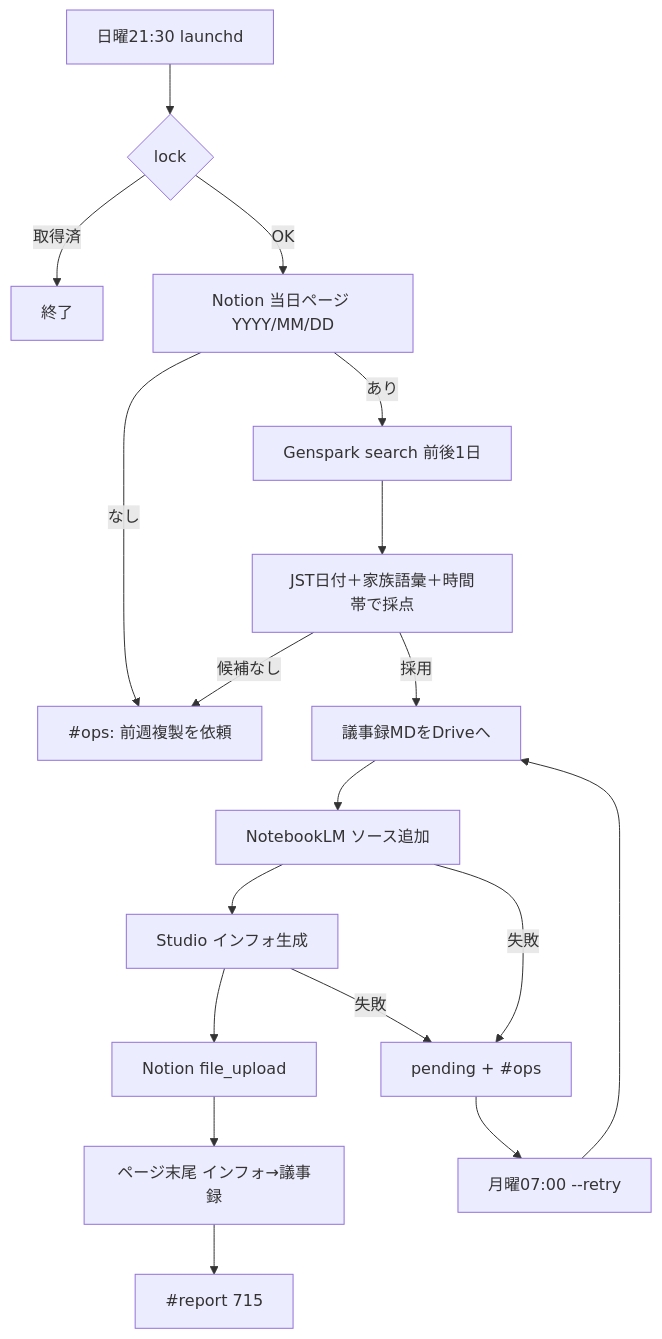
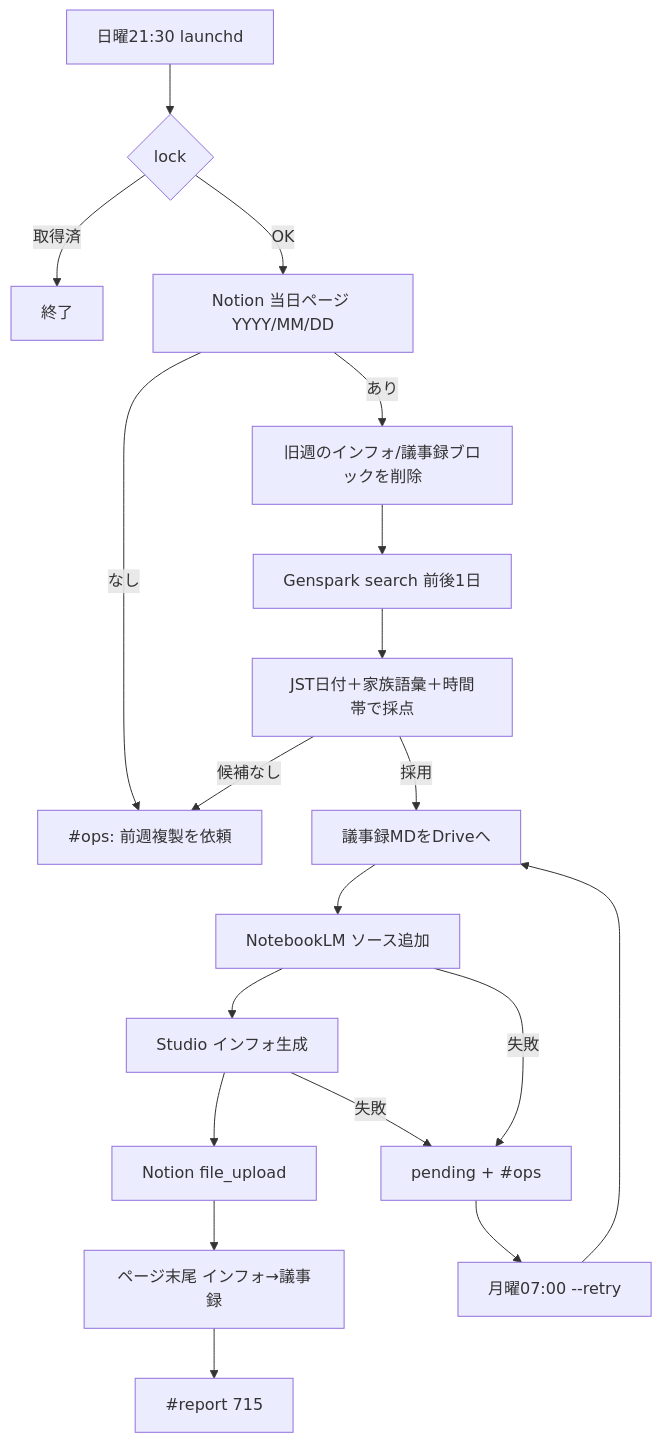
One commit to m19mhrts83-cyber/project-GE changed the diagram in docs/AIエージェントチーム/700_コーチング支援室/715_家族会議週次係/flow.md. Above: the diagram before and after it, drawn with Mermaid. The commit also changed other lines of this file and 6 other files, not shown here.

````diff
--- a/docs/AIエージェントチーム/700_コーチング支援室/715_家族会議週次係/flow.md
+++ b/docs/AIエージェントチーム/700_コーチング支援室/715_家族会議週次係/flow.md
@@ -22,20 +22,21 @@
 ```mermaid
 flowchart TD
   S[日曜21:30 launchd] --> L{lock}
   L -->|取得済| X[終了]
   L -->|OK| P[Notion 当日ページ YYYY/MM/DD]
   P -->|なし| OPS["#ops: 前週複製を依頼"]
-  P -->|あり| G[Genspark search 前後1日]
+  P -->|あり| C[旧週のインフォ/議事録ブロックを削除]
+  C --> G[Genspark search 前後1日]
   G --> J[JST日付＋家族語彙＋時間帯で採点]
   J -->|候補なし| OPS
   J -->|採用| M[議事録MDをDriveへ]
   M --> N[NotebookLM ソース追加]
   N --> I[Studio インフォ生成]
   I --> U[Notion file_upload]
   U --> A[ページ末尾 インフォ→議事録]
   A --> R["#report 715"]
   N -->|失敗| RT[pending + #ops]
   I -->|失敗| RT
   RT --> RETRY[月曜07:00 --retry]
   RETRY --> M
 ```
````
